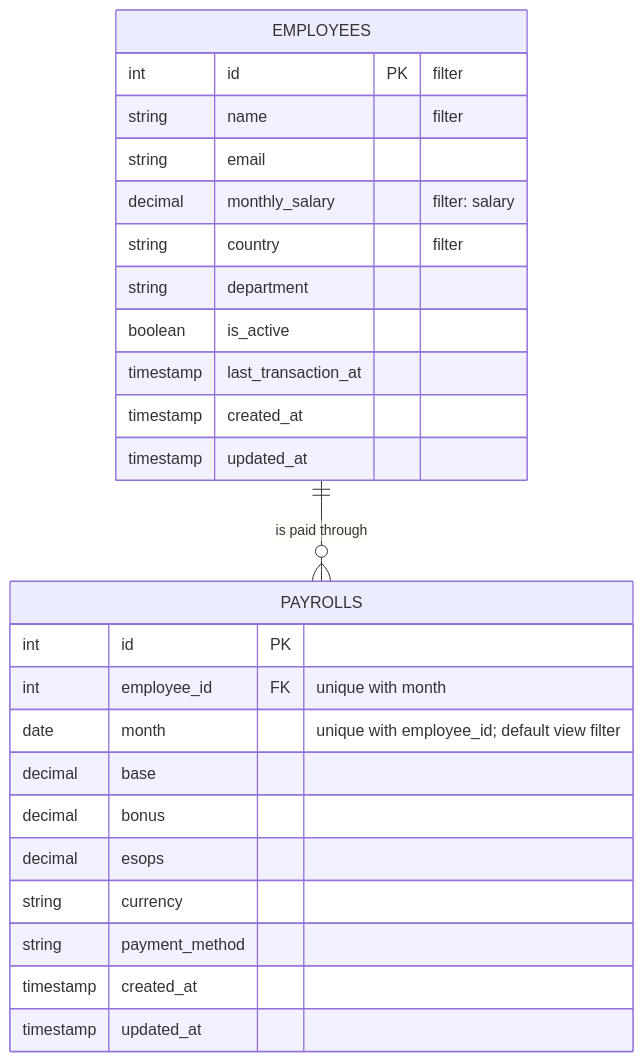
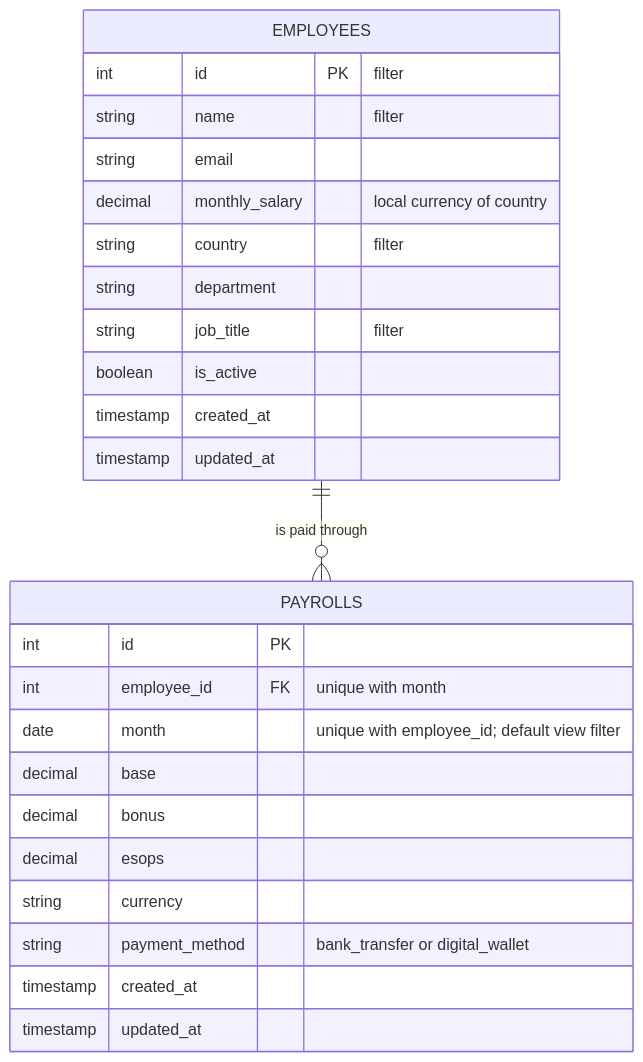
The first of 2 diagrams in artifacts/DIAGRAMS.md (DaX-523/incubyte_salary_mgmt), drawn with Mermaid before and after one commit. The commit also changed other lines of this file and 8 other files, not shown here.

Commit message:
- added job title, removed last_transaction_at, and simplified payment methods - Updated related tests and migration scripts to reflect these changes.

````diff
--- a/artifacts/DIAGRAMS.md
+++ b/artifacts/DIAGRAMS.md
@@ -8,30 +9,30 @@
 ```mermaid
 erDiagram
     EMPLOYEES ||--o{ PAYROLLS : "is paid through"
 
     EMPLOYEES {
         int id PK "filter"
         string name "filter"
         string email
-        decimal monthly_salary "filter: salary"
+        decimal monthly_salary "local currency of country"
         string country "filter"
         string department
+        string job_title "filter"
         boolean is_active
-        timestamp last_transaction_at
         timestamp created_at
         timestamp updated_at
     }
 
     PAYROLLS {
         int id PK
         int employee_id FK "unique with month"
         date month "unique with employee_id; default view filter"
         decimal base
         decimal bonus
         decimal esops
         string currency
-        string payment_method
+        string payment_method "bank_transfer or digital_wallet"
         timestamp created_at
         timestamp updated_at
     }
 ```
````
